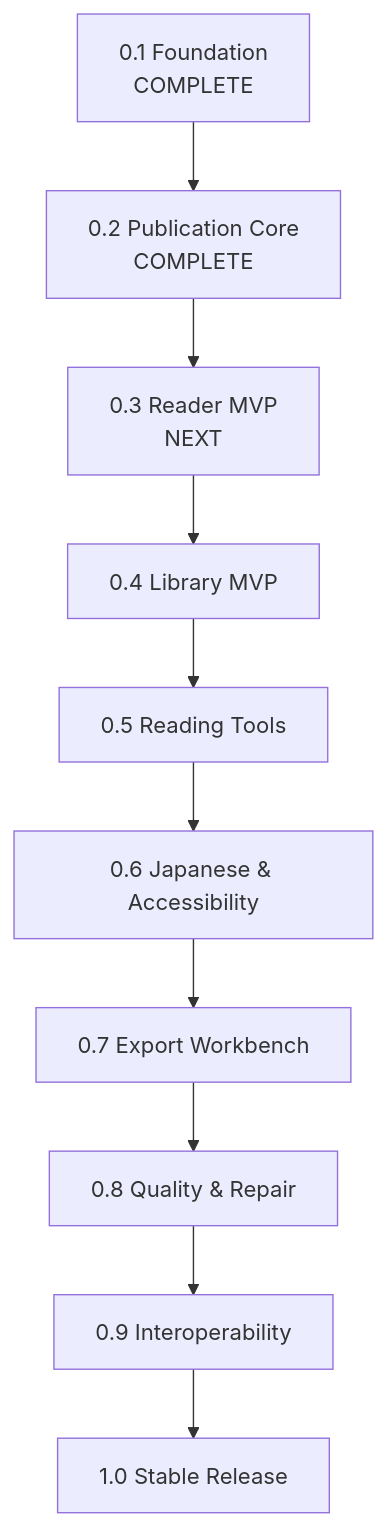
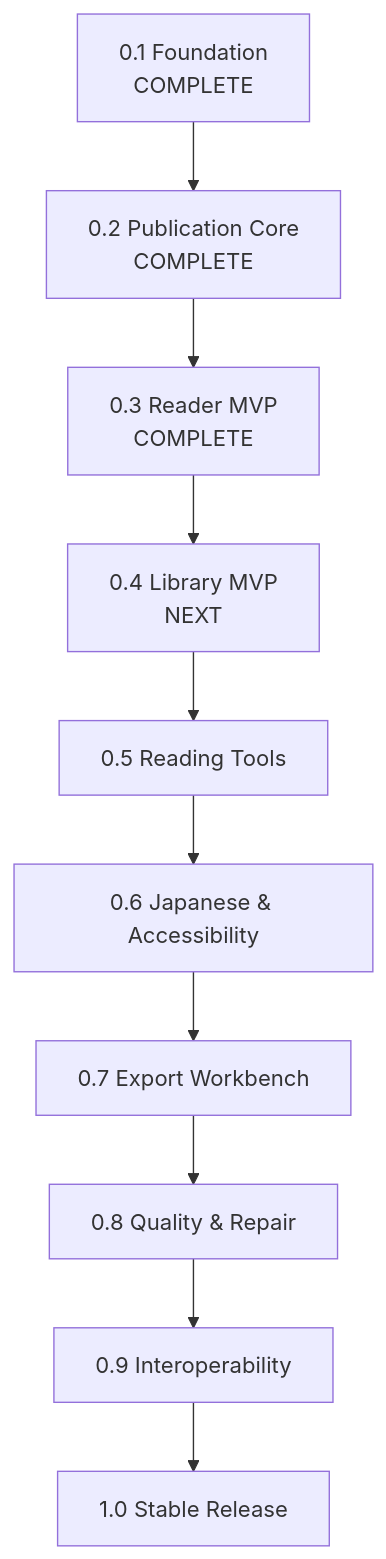
Before and after one commit to bosatsu25/ReflowPress: the diagram in docs/roadmap.md, drawn with Mermaid. The commit also changed other lines of this file and 4 other files, not shown here.

Commit message:
docs: update roadmap and architecture for milestone 0.3 reader mvp

````diff
--- a/docs/roadmap.md
+++ b/docs/roadmap.md
@@ -14,12 +14,12 @@
 ```mermaid
 flowchart TD
     M01[0.1 Foundation<br/>COMPLETE] --> M02[0.2 Publication Core<br/>COMPLETE]
-    M02 --> M03[0.3 Reader MVP<br/>NEXT]
-    M03 --> M04[0.4 Library MVP]
+    M02 --> M03[0.3 Reader MVP<br/>COMPLETE]
+    M03 --> M04[0.4 Library MVP<br/>NEXT]
     M04 --> M05[0.5 Reading Tools]
     M05 --> M06[0.6 Japanese & Accessibility]
     M06 --> M07[0.7 Export Workbench]
     M07 --> M08[0.8 Quality & Repair]
     M08 --> M09[0.9 Interoperability]
     M09 --> M10[1.0 Stable Release]
 ```
````
